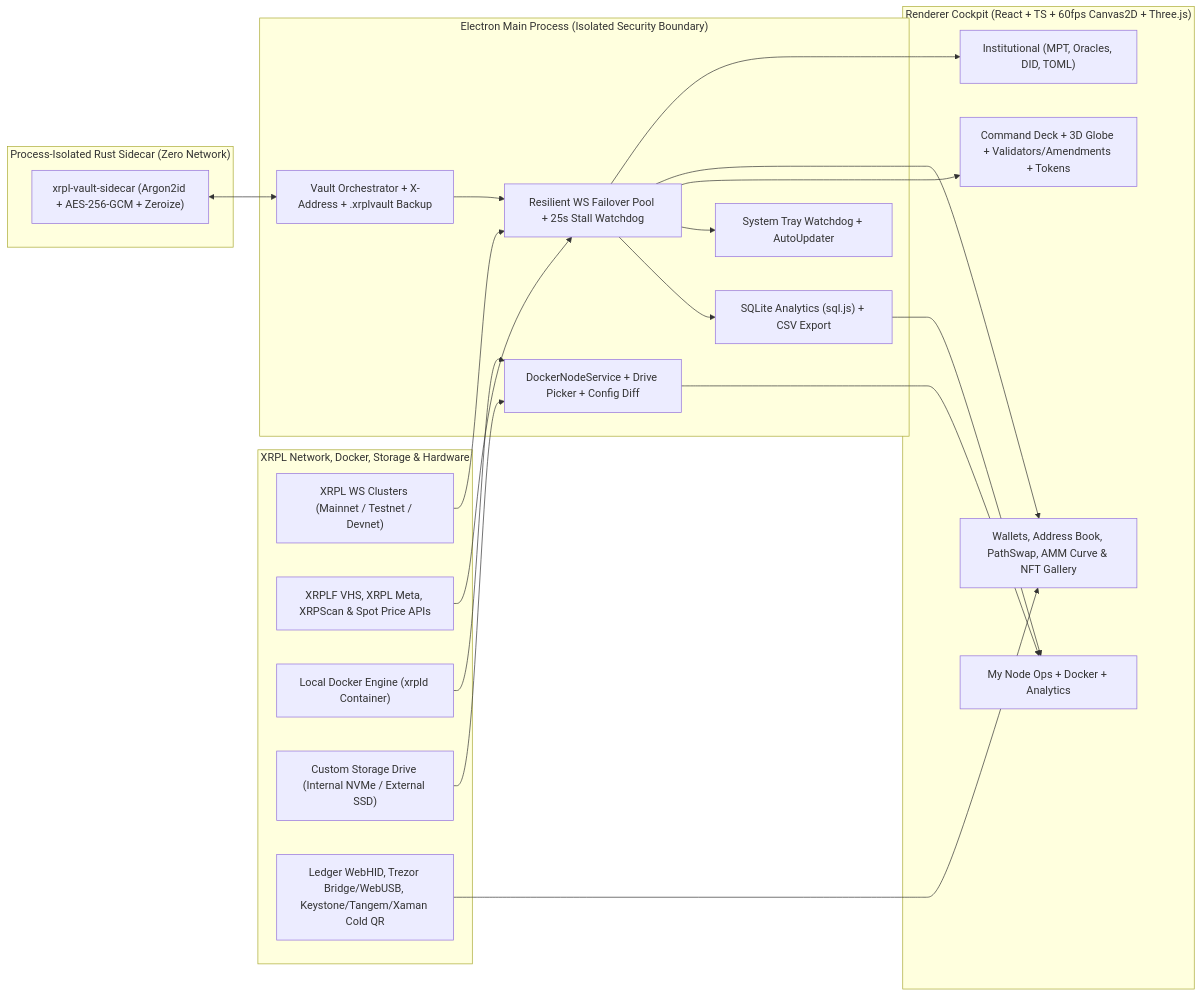
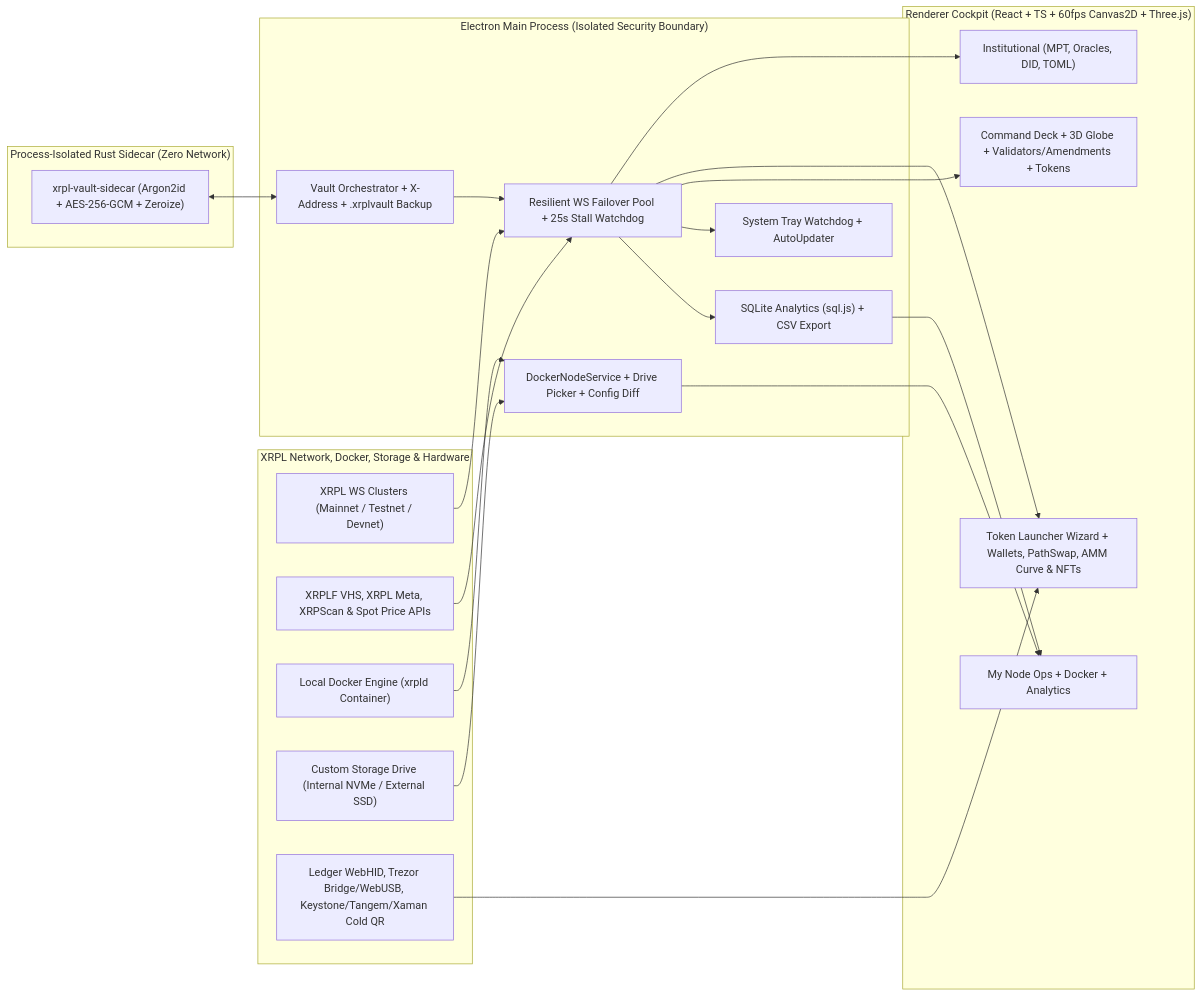
The diagram in README.md (petebiggam357/xrpl-command-center), drawn with Mermaid before and after one commit. The commit also changed other lines of this file and 18 other files, not shown here.

Commit message:
feat: release v0.2.1-beta — XRPL Token Launcher & Guided 5-Step Wizard (IOU + XLS-33 MPT, RequireAuth tfSetfAuth, AMMCreate seeding, TOML & cost estimator)

````diff
--- a/README.md
+++ b/README.md
@@ -42,44 +43,44 @@
 ```mermaid
 flowchart LR
   subgraph EXT["XRPL Network, Docker, Storage & Hardware"]
     PUB["XRPL WS Clusters (Mainnet / Testnet / Devnet)"]
     VHS["XRPLF VHS, XRPL Meta, XRPScan & Spot Price APIs"]
     DOCKER["Local Docker Engine (xrpld Container)"]
     DRIVE["Custom Storage Drive (Internal NVMe / External SSD)"]
     HW["Ledger WebHID, Trezor Bridge/WebUSB, Keystone/Tangem/Xaman Cold QR"]
   end
 
   subgraph RUST["Process-Isolated Rust Sidecar (Zero Network)"]
     RV["xrpl-vault-sidecar (Argon2id + AES-256-GCM + Zeroize)"]
   end
 
   subgraph MAIN["Electron Main Process (Isolated Security Boundary)"]
     STREAM["Resilient WS Failover Pool + 25s Stall Watchdog"]
     VAULT["Vault Orchestrator + X-Address + .xrplvault Backup"]
     DOCKSVC["DockerNodeService + Drive Picker + Config Diff"]
     SQL["SQLite Analytics (sql.js) + CSV Export"]
     TRAY["System Tray Watchdog + AutoUpdater"]
   end
 
   subgraph UI["Renderer Cockpit (React + TS + 60fps Canvas2D + Three.js)"]
     DECK["Command Deck + 3D Globe + Validators/Amendments + Tokens"]
-    WALLET["Wallets, Address Book, PathSwap, AMM Curve & NFT Gallery"]
+    WALLET["Token Launcher Wizard + Wallets, PathSwap, AMM Curve & NFTs"]
     PRIM["Institutional (MPT, Oracles, DID, TOML)"]
     NODE["My Node Ops + Docker + Analytics"]
   end
 
   PUB --> STREAM
   VHS --> STREAM
   DOCKER --> DOCKSVC
   DRIVE --> DOCKSVC
   HW --> WALLET
   RV <--> VAULT
   STREAM --> SQL
   STREAM --> TRAY
   VAULT --> STREAM
   STREAM --> DECK
   STREAM --> WALLET
   STREAM --> PRIM
   DOCKSVC --> NODE
   SQL --> NODE
 ```
````
